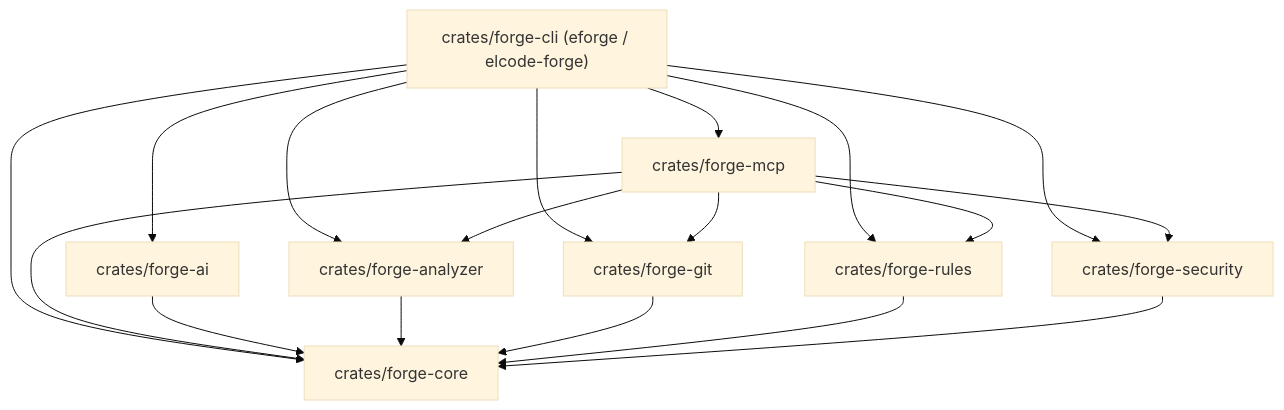
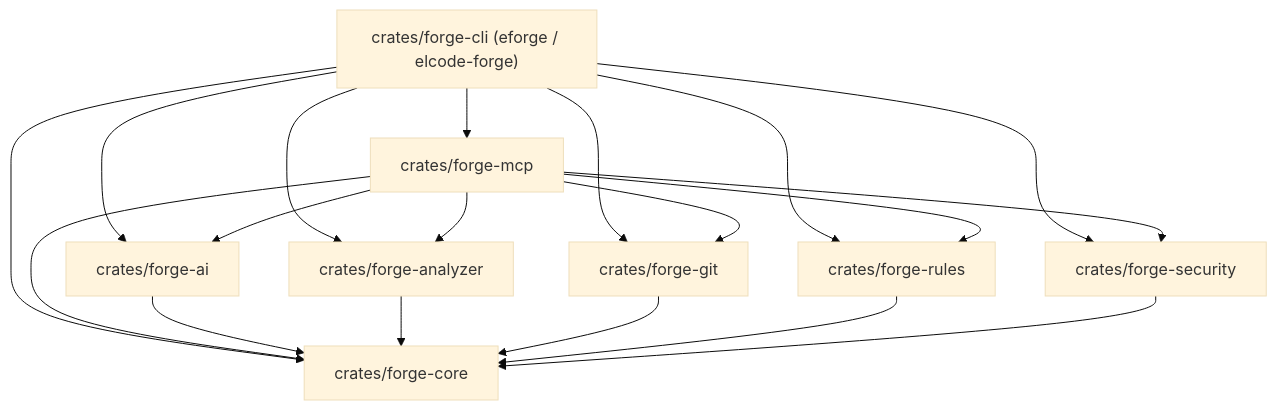
One commit to elcode-id/elcode-forge changed the diagram in README.md. Above: the diagram before and after it, drawn with Mermaid (base theme). The commit also changed other lines of this file and 17 other files, not shown here.

````diff
--- a/README.md
+++ b/README.md
@@ -490,21 +516,22 @@
 ```mermaid
 flowchart TD
     CLI["crates/forge-cli (eforge / elcode-forge)"] --> ANALYZER["crates/forge-analyzer"]
     CLI --> GIT["crates/forge-git"]
     CLI --> RULES["crates/forge-rules"]
     CLI --> SECURITY["crates/forge-security"]
     CLI --> AI["crates/forge-ai"]
     CLI --> MCP["crates/forge-mcp"]
     CLI --> CORE["crates/forge-core"]
 
     MCP --> ANALYZER
     MCP --> GIT
     MCP --> RULES
     MCP --> SECURITY
+    MCP --> AI
     MCP --> CORE
     AI --> CORE
     ANALYZER --> CORE
     GIT --> CORE
     RULES --> CORE
     SECURITY --> CORE
 ```
````
